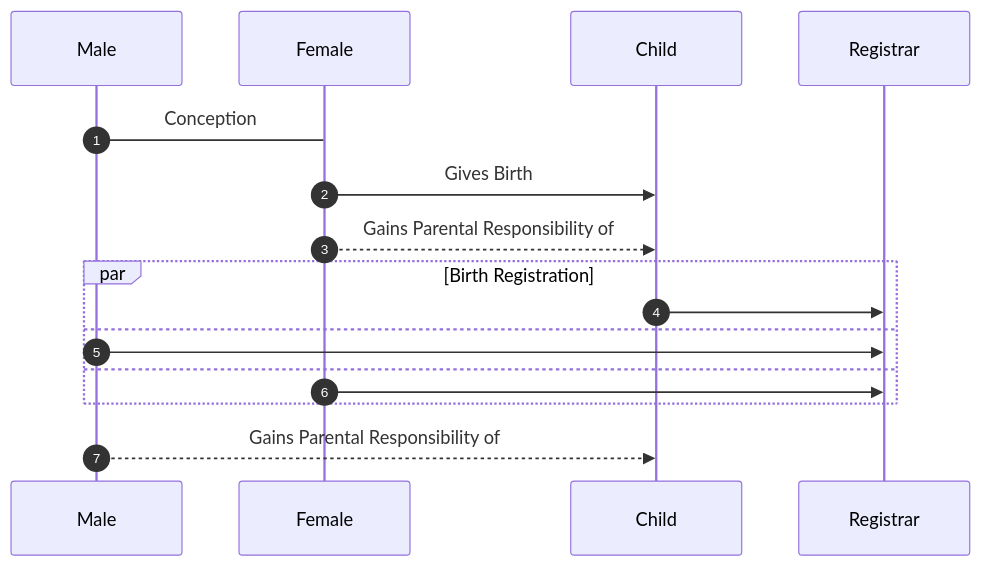
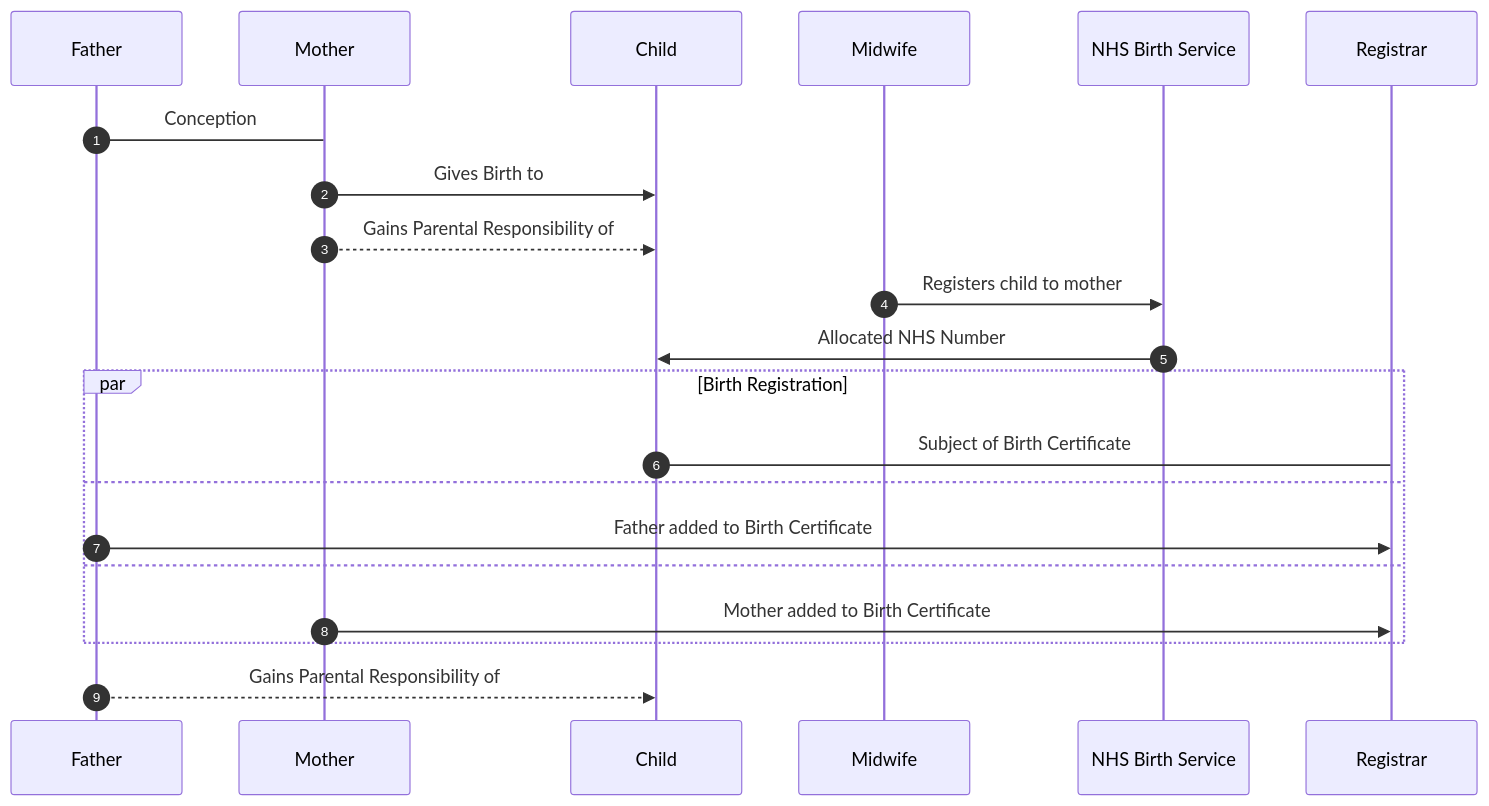
Before and after one commit to nhsexperience/nhs-experience: the second of 6 diagrams in docs/nhs-account/relationships.md, drawn with Mermaid. The commit also changed 1 other file, not shown here.

Commit message:
Added sequence diagram to DHC.

````diff
--- a/docs/nhs-account/relationships.md
+++ b/docs/nhs-account/relationships.md
@@ -65,16 +65,19 @@
 ```mermaid!
 sequenceDiagram
     autonumber
-    Male->Female: Conception
+    Father->Mother: Conception
 
-    Female->>Child: Gives Birth
-    Female-->>Child: Gains Parental Responsibility of
+    Mother->>Child: Gives Birth to
+    Mother-->>Child: Gains Parental Responsibility of
+    
+    Midwife->>NHS Birth Service: Registers child to mother
+    NHS Birth Service->>Child: Allocated NHS Number
     par Birth Registration
-        Child->>Registrar: 
+        Child->Registrar: Subject of Birth Certificate 
     and 
-        Male->>Registrar: 
+        Father->>Registrar: Father added to Birth Certificate
     and
-        Female->>Registrar: 
+        Mother->>Registrar: Mother added to Birth Certificate
     end  
-    Male-->>Child: Gains Parental Responsibility of
+    Father-->>Child: Gains Parental Responsibility of
 ```
````
